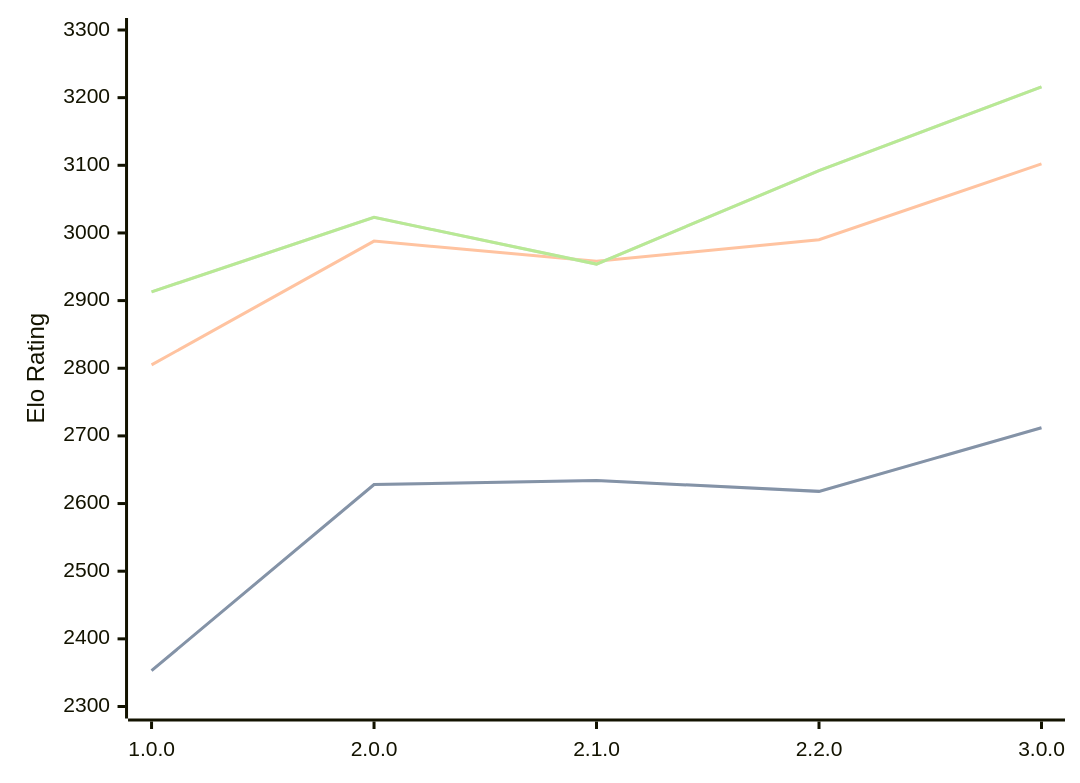
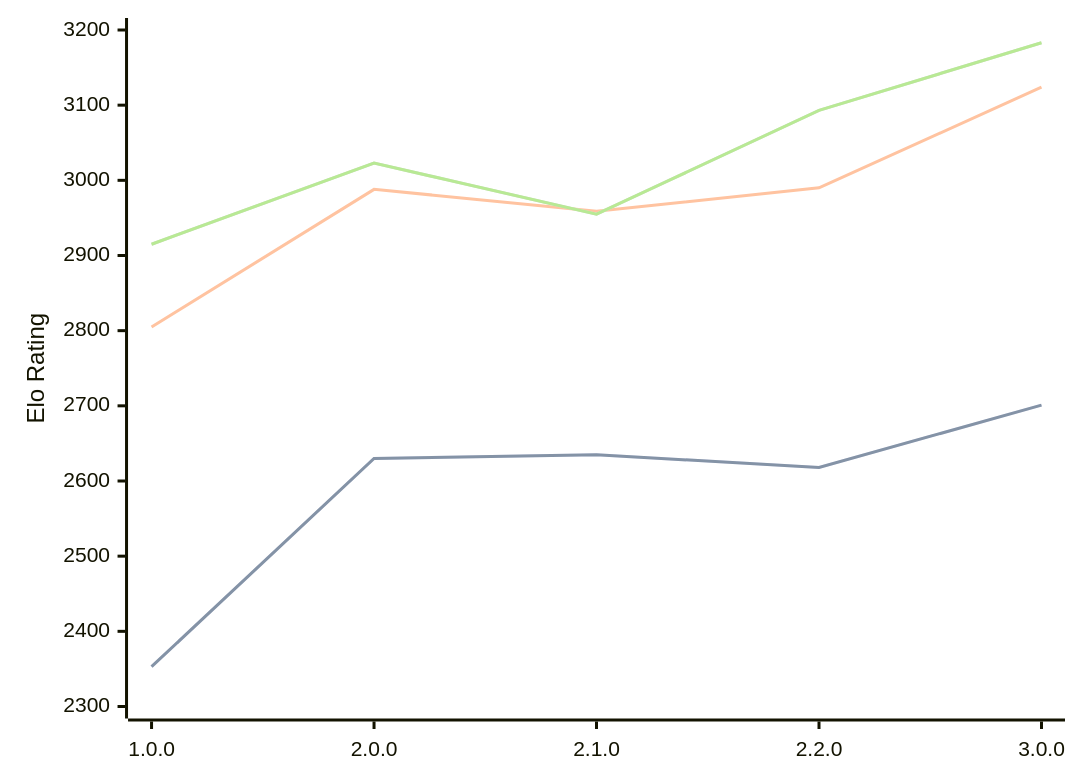
The diagram in engines/Catalyst.md (computer-chess-index/cci), drawn with Mermaid before and after one commit. The commit also changed other lines of this file, not shown here.

Commit message:
Update CCI Ratings (ELO VLTC) - 2026-04-25

````diff
--- a/engines/Catalyst.md
+++ b/engines/Catalyst.md
@@ -35,11 +35,11 @@
 ```mermaid
 %%{init: {"theme":"base","themeVariables":{"seriesColors:['#a3a3a3','#222221','#faa371']}}}%%
 xychart-beta
   x-axis ["1.0.0", "2.0.0", "2.1.0", "2.2.0", "3.0.0"]
-  y-axis "Elo Rating" 2300 --> 3300
-  line "STC (8.0+0.08s)" [2353, 2628, 2634, 2618, 2712]
-  line "STC (8.0+0.08s)" [2353, 2628, 2634, 2618, 2712]
-  line "LTC (60.0+0.60s)" [2805, 2988, 2958, 2990, 3102]
-  line "VLTC (2m24s+1.12s)" [2913, 3023, 2954, 3092, 3216]
-  line "VLTC (2m24s+1.12s)" [2913, 3023, 2954, 3092, 3216]
+  y-axis "Elo Rating" 2300 --> 3200
+  line "STC (8.0+0.08s)" [2353, 2630, 2635, 2618, 2701]
+  line "STC (8.0+0.08s)" [2353, 2630, 2635, 2618, 2701]
+  line "LTC (60.0+0.60s)" [2805, 2988, 2959, 2990, 3124]
+  line "VLTC (2m24s+1.12s)" [2915, 3023, 2955, 3093, 3183]
+  line "VLTC (2m24s+1.12s)" [2915, 3023, 2955, 3093, 3183]
 ```
````
